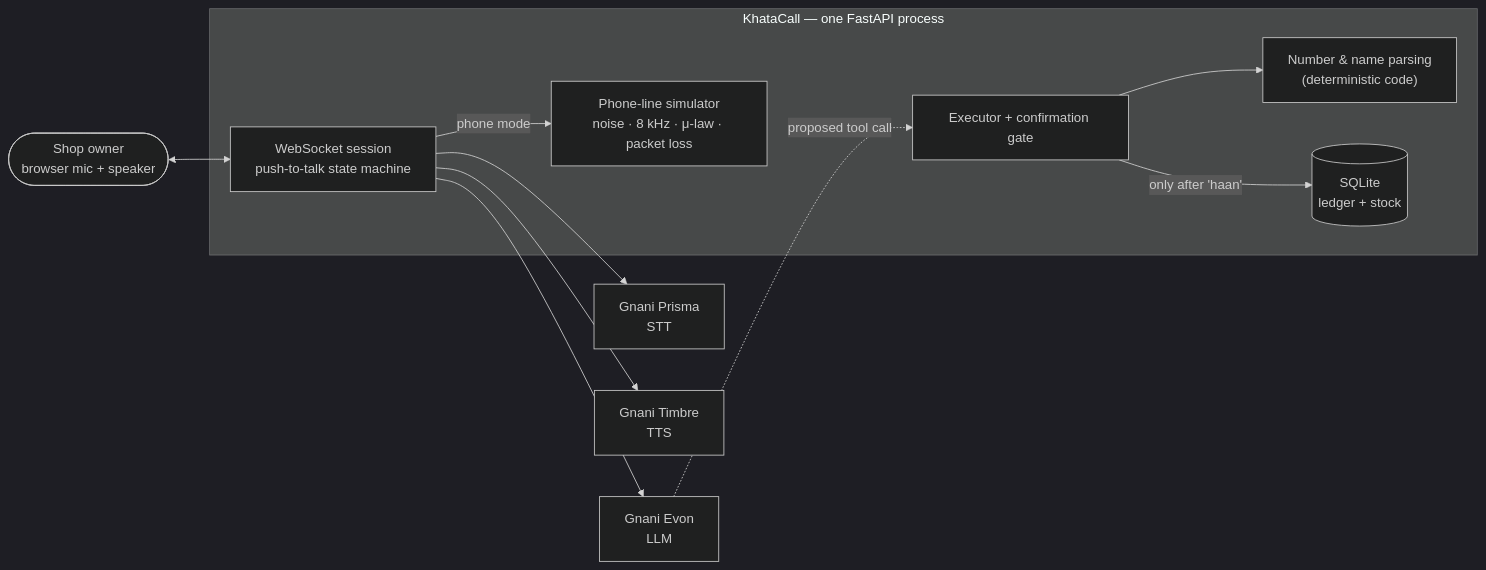
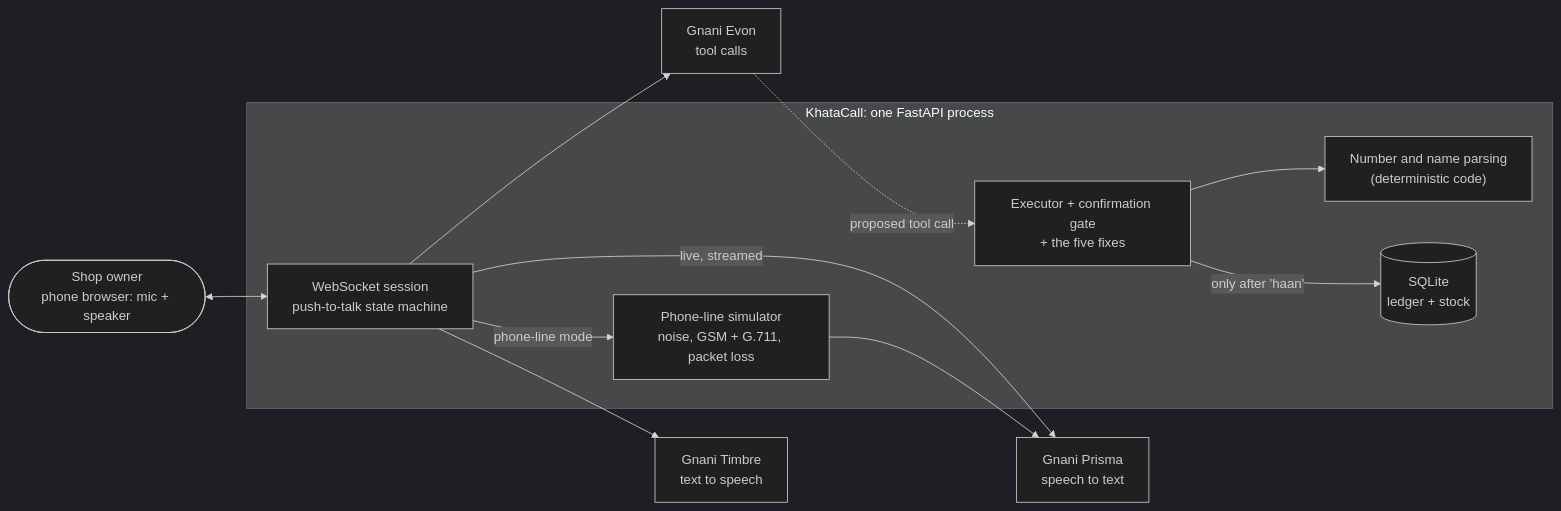
The diagram in README.md (diptanu2004/KhataCall), drawn with Mermaid (dark theme) before and after one commit. The commit also changed other lines of this file and 1 other file, not shown here.

First line of the commit message:
README: results, the 12-condition grid, latency, setup, phone use, limitations, path to production

````diff
--- a/README.md
+++ b/README.md
@@ -34,25 +115,25 @@
 ```mermaid
 flowchart LR
-    owner(["Shop owner<br/>browser mic + speaker"])
+    owner(["Shop owner<br/>phone browser: mic + speaker"])
 
-    subgraph server["KhataCall — one FastAPI process"]
+    subgraph server["KhataCall: one FastAPI process"]
         ws["WebSocket session<br/>push-to-talk state machine"]
-        chan["Phone-line simulator<br/>noise · 8 kHz · μ-law · packet loss"]
-        exec["Executor + confirmation gate"]
-        nlu["Number & name parsing<br/>(deterministic code)"]
+        chan["Phone-line simulator<br/>noise, GSM + G.711, packet loss"]
+        exec["Executor + confirmation gate<br/>+ the five fixes"]
+        nlu["Number and name parsing<br/>(deterministic code)"]
         db[("SQLite<br/>ledger + stock")]
     end
 
-    prisma["Gnani Prisma<br/>STT"]
-    evon["Gnani Evon<br/>LLM"]
-    timbre["Gnani Timbre<br/>TTS"]
+    prisma["Gnani Prisma<br/>speech to text"]
+    evon["Gnani Evon<br/>tool calls"]
+    timbre["Gnani Timbre<br/>text to speech"]
 
     owner <--> ws
-    ws -- "phone mode" --> chan
-    ws --> prisma
+    ws -- "live, streamed" --> prisma
+    ws -- "phone-line mode" --> chan --> prisma
     ws --> evon
     evon -. "proposed tool call" .-> exec
     exec --> nlu
     exec -- "only after 'haan'" --> db
     ws --> timbre
 ```
````
